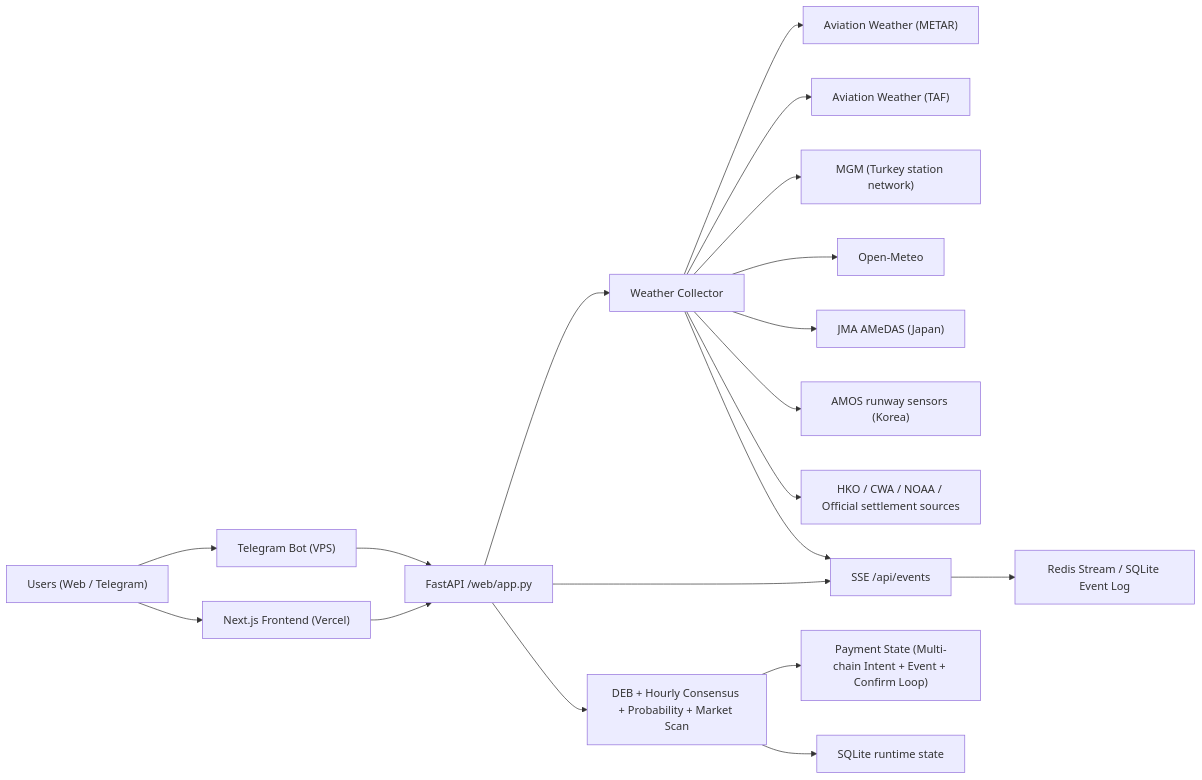
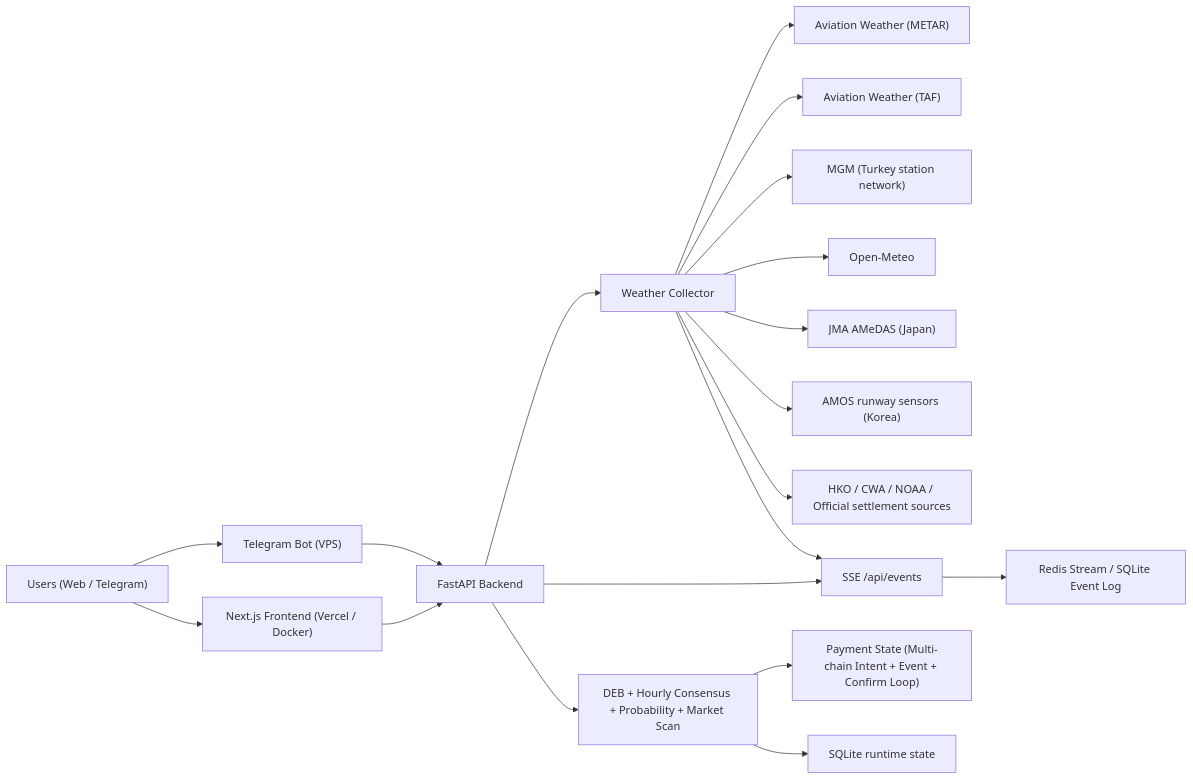
One commit to abhiram-k-2223/PolyWeather changed the diagram in README.md. Above: the diagram before and after it, drawn with Mermaid. The commit also changed other lines of this file and 46 other files, not shown here.

````diff
--- a/README.md
+++ b/README.md
@@ -85,23 +66,23 @@
 ```mermaid
 flowchart LR
-    U["Users (Web / Telegram)"] --> FE["Next.js Frontend (Vercel)"]
+    U["Users (Web / Telegram)"] --> FE["Next.js Frontend (Vercel / Docker)"]
     U --> BOT["Telegram Bot (VPS)"]
-    FE --> API["FastAPI /web/app.py"]
+    FE --> API["FastAPI Backend"]
     BOT --> API
 
     API --> WX["Weather Collector"]
     WX --> METAR["Aviation Weather (METAR)"]
     WX --> TAF["Aviation Weather (TAF)"]
     WX --> MGM["MGM (Turkey station network)"]
     WX --> OM["Open-Meteo"]
     WX --> JMA["JMA AMeDAS (Japan)"]
     WX --> AMOS["AMOS runway sensors (Korea)"]
     WX --> HKO["HKO / CWA / NOAA / Official settlement sources"]
 
     API --> ANA["DEB + Hourly Consensus + Probability + Market Scan"]
     API --> SSE["SSE /api/events"]
     WX --> SSE
     SSE --> EVENT["Redis Stream / SQLite Event Log"]
     ANA --> PAY["Payment State (Multi-chain Intent + Event + Confirm Loop)"]
     ANA --> STATE["SQLite runtime state"]
 ```
````
